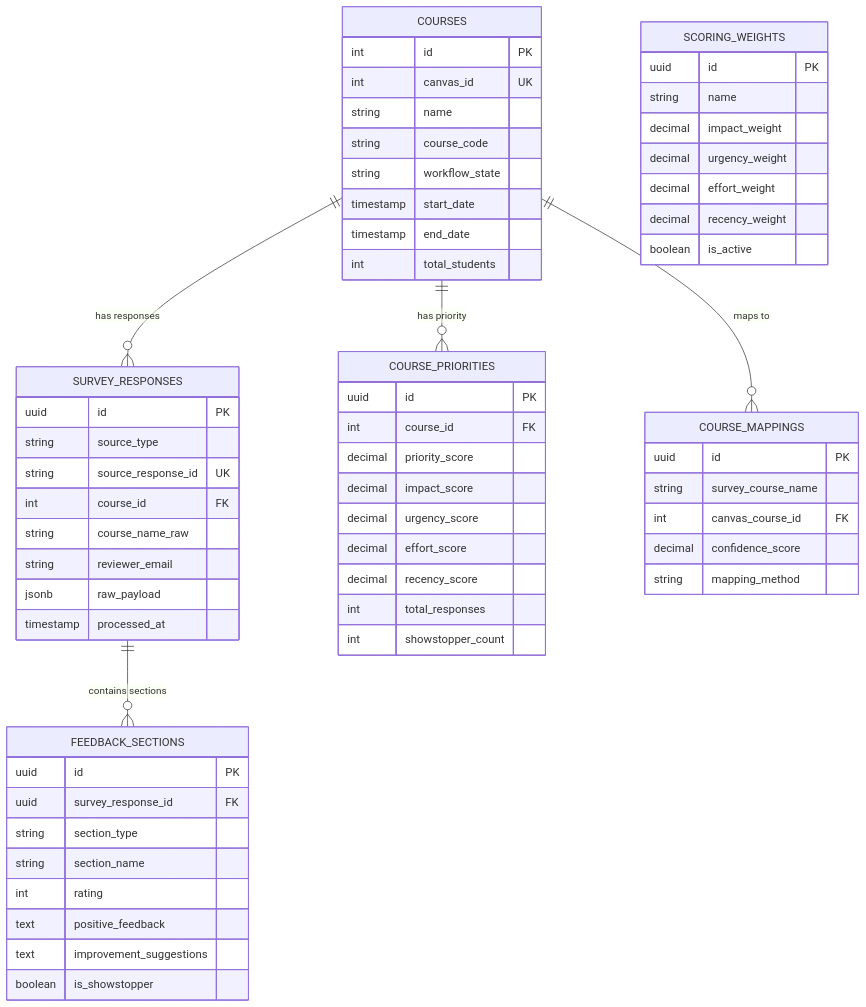
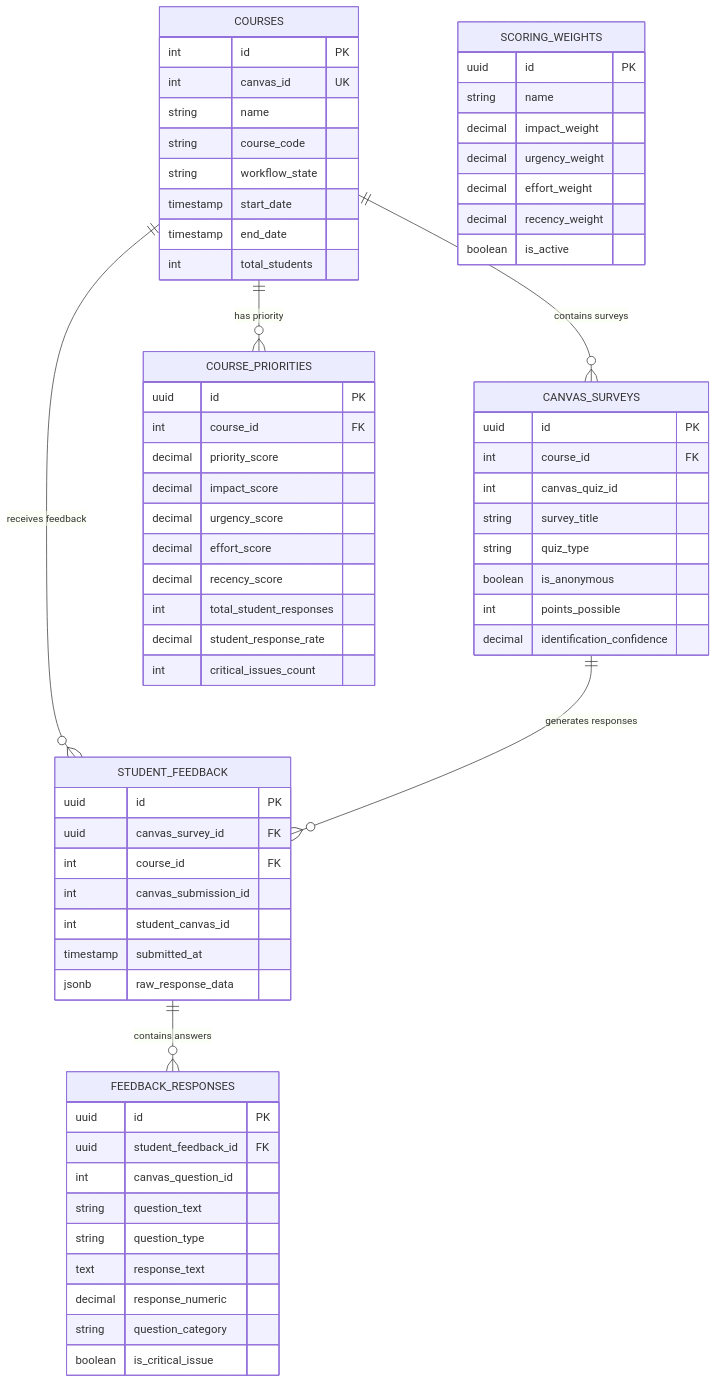
Before and after one commit to miasdk/CourseFeedbackAggregator: the second of 4 diagrams in CLAUDE.md, drawn with Mermaid. The commit also changed other lines of this file and 2 other files, not shown here.

````diff
--- a/CLAUDE.md
+++ b/CLAUDE.md
@@ -548,70 +409,75 @@
 ```mermaid
 erDiagram
     COURSES {
         int id PK
         int canvas_id UK
         string name
         string course_code
         string workflow_state
         timestamp start_date
         timestamp end_date
         int total_students
     }
 
-    SURVEY_RESPONSES {
+    CANVAS_SURVEYS {
         uuid id PK
-        string source_type
-        string source_response_id UK
         int course_id FK
-        string course_name_raw
-        string reviewer_email
-        jsonb raw_payload
-        timestamp processed_at
+        int canvas_quiz_id
+        string survey_title
+        string quiz_type
+        boolean is_anonymous
+        int points_possible
+        decimal identification_confidence
     }
 
-    FEEDBACK_SECTIONS {
+    STUDENT_FEEDBACK {
         uuid id PK
-        uuid survey_response_id FK
-        string section_type
-        string section_name
-        int rating
-        text positive_feedback
-        text improvement_suggestions
-        boolean is_showstopper
+        uuid canvas_survey_id FK
+        int course_id FK
+        int canvas_submission_id
+        int student_canvas_id
+        timestamp submitted_at
+        jsonb raw_response_data
+    }
+
+    FEEDBACK_RESPONSES {
+        uuid id PK
+        uuid student_feedback_id FK
+        int canvas_question_id
+        string question_text
+        string question_type
+        text response_text
+        decimal response_numeric
+        string question_category
+        boolean is_critical_issue
     }
 
     COURSE_PRIORITIES {
         uuid id PK
         int course_id FK
         decimal priority_score
         decimal impact_score
         decimal urgency_score
         decimal effort_score
         decimal recency_score
-        int total_responses
-        int showstopper_count
+        int total_student_responses
+        decimal student_response_rate
+        int critical_issues_count
     }
 
     SCORING_WEIGHTS {
         uuid id PK
         string name
         decimal impact_weight
         decimal urgency_weight
         decimal effort_weight
         decimal recency_weight
         boolean is_active
     }
 
-    COURSE_MAPPINGS {
-        uuid id PK
-        string survey_course_name
-        int canvas_course_id FK
-        decimal confidence_score
-        string mapping_method
-    }
-
-    COURSES ||--o{ SURVEY_RESPONSES : "has responses"
+    COURSES ||--o{ CANVAS_SURVEYS : "contains surveys"
     COURSES ||--o{ COURSE_PRIORITIES : "has priority"
-    COURSES ||--o{ COURSE_MAPPINGS : "maps to"
-    SURVEY_RESPONSES ||--o{ FEEDBACK_SECTIONS : "contains sections"
+    COURSES ||--o{ STUDENT_FEEDBACK : "receives feedback"
+    CANVAS_SURVEYS ||--o{ STUDENT_FEEDBACK : "generates responses"
+    STUDENT_FEEDBACK ||--o{ FEEDBACK_RESPONSES : "contains answers"
 ```
````
